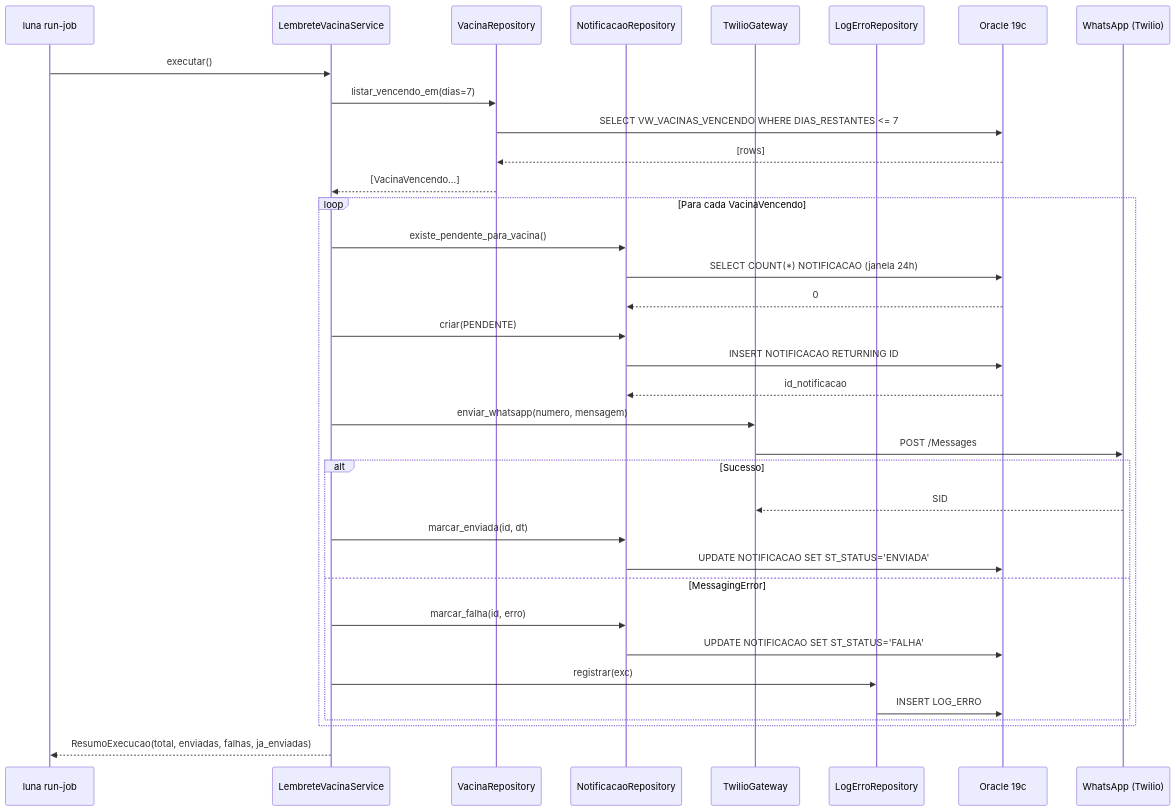
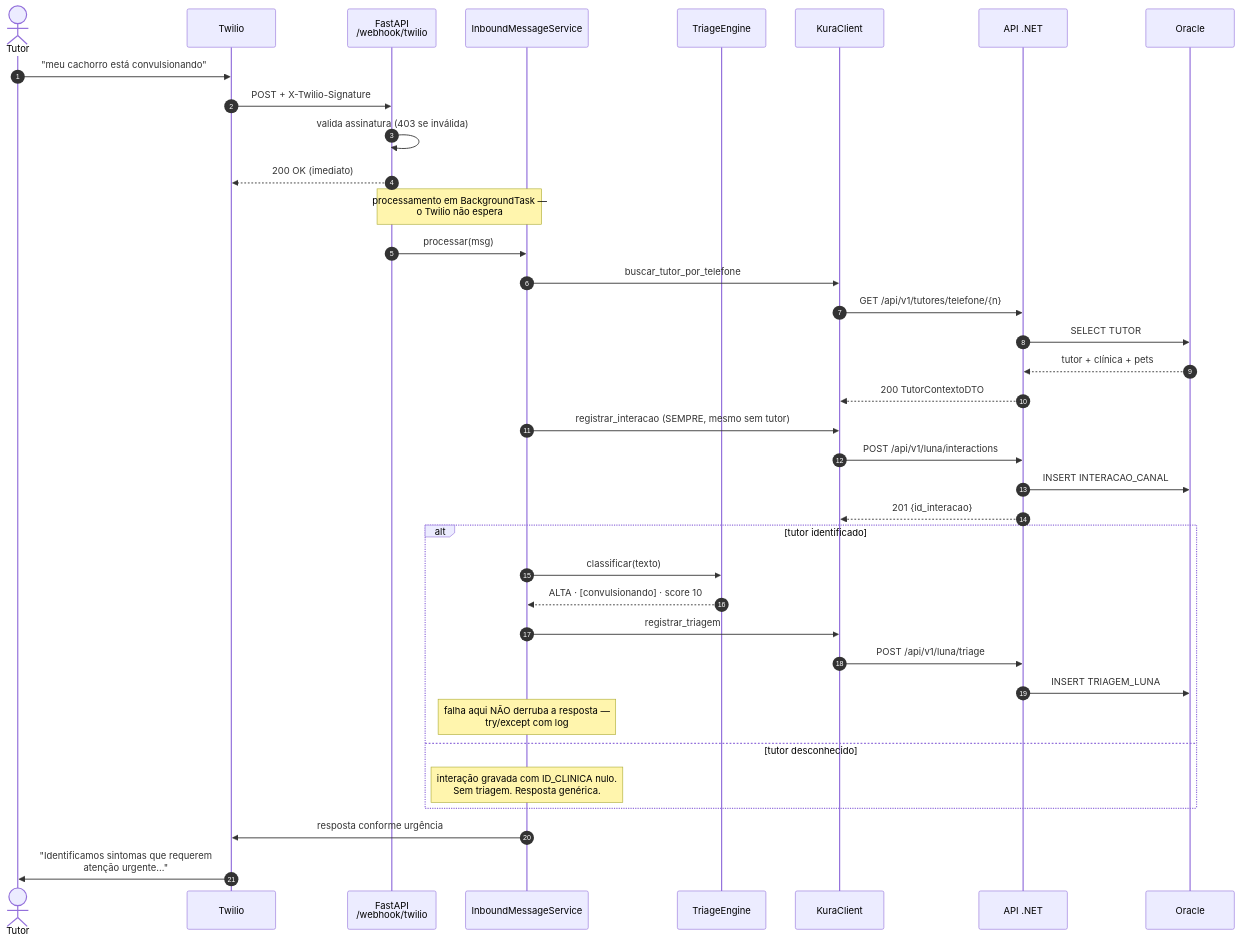
The second of 5 diagrams in luna/docs/architecture.md (KURA-Clyvo/kura-luna-ai), drawn with Mermaid before and after one commit. The commit also changed other lines of this file and 3 other files, not shown here.

First line of the commit message:
docs(ia): add AI component definition and refresh architecture to v2 scope

````diff
--- a/luna/docs/architecture.md
+++ b/luna/docs/architecture.md
@@ -80,40 +94,44 @@
 ```mermaid
 sequenceDiagram
-    participant CLI as luna run-job
-    participant SVC as LembreteVacinaService
-    participant VR  as VacinaRepository
-    participant NR  as NotificacaoRepository
-    participant TW  as TwilioGateway
-    participant LR  as LogErroRepository
-    participant ORC as Oracle 19c
-    participant WA  as WhatsApp (Twilio)
+    autonumber
+    actor T as Tutor
+    participant TW as Twilio
+    participant W as FastAPI<br/>/webhook/twilio
+    participant S as InboundMessageService
+    participant TE as TriageEngine
+    participant K as KuraClient
+    participant N as API .NET
+    participant O as Oracle
 
-    CLI->>SVC: executar()
-    SVC->>VR: listar_vencendo_em(dias=7)
-    VR->>ORC: SELECT VW_VACINAS_VENCENDO WHERE DIAS_RESTANTES <= 7
-    ORC-->>VR: [rows]
-    VR-->>SVC: [VacinaVencendo...]
+    T->>TW: "meu cachorro está convulsionando"
+    TW->>W: POST + X-Twilio-Signature
+    W->>W: valida assinatura (403 se inválida)
+    W-->>TW: 200 OK (imediato)
+    Note over W,S: processamento em BackgroundTask —<br/>o Twilio não espera
 
-    loop Para cada VacinaVencendo
-        SVC->>NR: existe_pendente_para_vacina()
-        NR->>ORC: SELECT COUNT(*) NOTIFICACAO (janela 24h)
-        ORC-->>NR: 0
-        SVC->>NR: criar(PENDENTE)
-        NR->>ORC: INSERT NOTIFICACAO RETURNING ID
-        ORC-->>NR: id_notificacao
-        SVC->>TW: enviar_whatsapp(numero, mensagem)
-        TW->>WA: POST /Messages
-        alt Sucesso
-            WA-->>TW: SID
-            SVC->>NR: marcar_enviada(id, dt)
-            NR->>ORC: UPDATE NOTIFICACAO SET ST_STATUS='ENVIADA'
-        else MessagingError
-            SVC->>NR: marcar_falha(id, erro)
-            NR->>ORC: UPDATE NOTIFICACAO SET ST_STATUS='FALHA'
-            SVC->>LR: registrar(exc)
-            LR->>ORC: INSERT LOG_ERRO
-        end
+    W->>S: processar(msg)
+    S->>K: buscar_tutor_por_telefone
+    K->>N: GET /api/v1/tutores/telefone/{n}
+    N->>O: SELECT TUTOR
+    O-->>N: tutor + clínica + pets
+    N-->>K: 200 TutorContextoDTO
+
+    S->>K: registrar_interacao (SEMPRE, mesmo sem tutor)
+    K->>N: POST /api/v1/luna/interactions
+    N->>O: INSERT INTERACAO_CANAL
+    N-->>K: 201 {id_interacao}
+
+    alt tutor identificado
+        S->>TE: classificar(texto)
+        TE-->>S: ALTA · [convulsionando] · score 10
+        S->>K: registrar_triagem
+        K->>N: POST /api/v1/luna/triage
+        N->>O: INSERT TRIAGEM_LUNA
+        Note over S: falha aqui NÃO derruba a resposta —<br/>try/except com log
+    else tutor desconhecido
+        Note over S: interação gravada com ID_CLINICA nulo.<br/>Sem triagem. Resposta genérica.
     end
 
-    SVC-->>CLI: ResumoExecucao(total, enviadas, falhas, ja_enviadas)
+    S->>TW: resposta conforme urgência
+    TW->>T: "Identificamos sintomas que requerem<br/>atenção urgente..."
 ```
````
